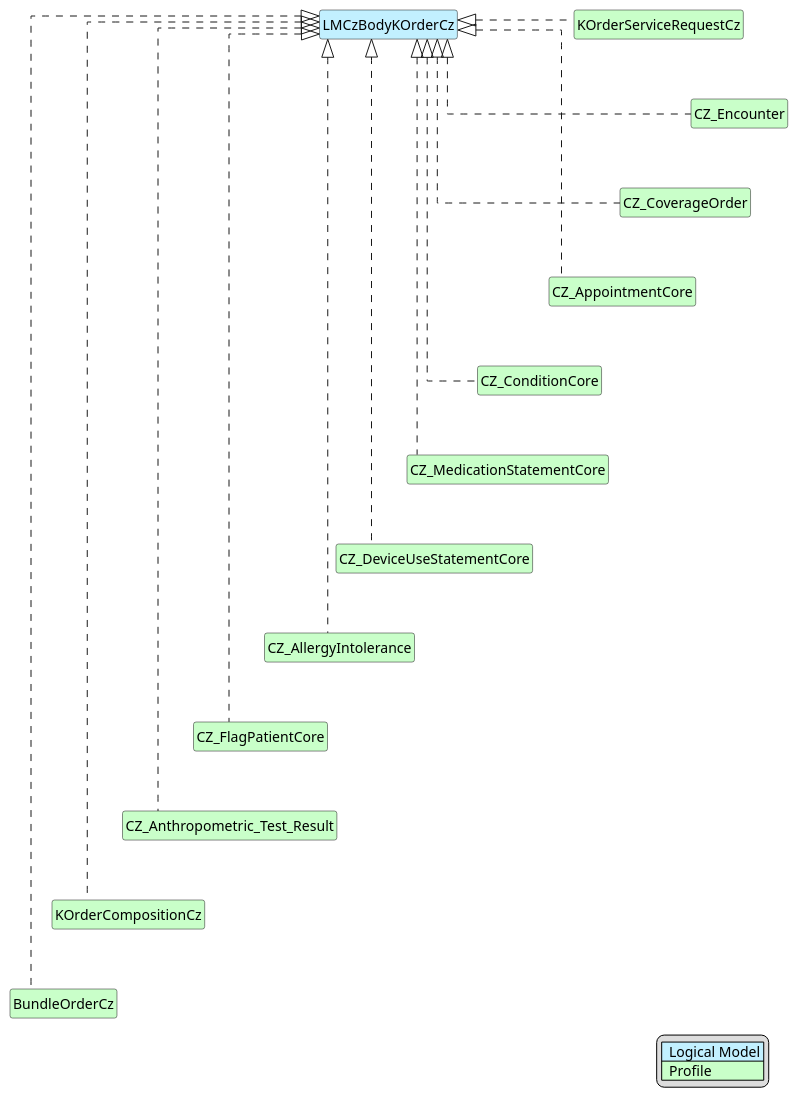
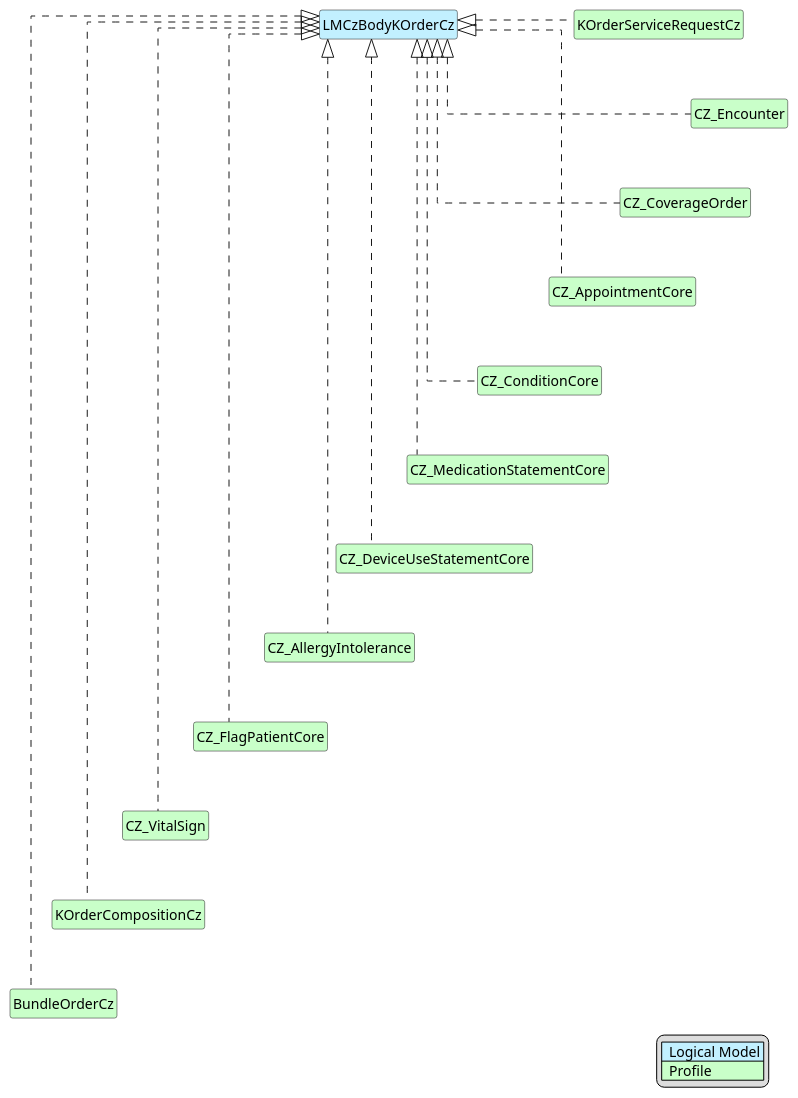
Before and after one commit to HL7-cz/k-order: the diagram in input/images-source/K-Body-map.plantuml, drawn with PlantUML. The commit also changed 19 other files, not shown here.

```diff
--- a/input/images-source/K-Body-map.plantuml
+++ b/input/images-source/K-Body-map.plantuml
@@ -1,69 +1,69 @@
 @startuml
 
 hide circle
 hide stereotype
 hide members
 hide methods
 
 skinparam linetype ortho
 
 skinparam class {
 BackgroundColor<<LogicalModel>> #APPLICATION
 BackgroundColor<<Profile>> #TECHNOLOGY
 }
 
 legend right
 | <#APPLICATION>  Logical Model |
 | <#TECHNOLOGY>  Profile |
 endlegend
 
 class "LMCzBodyKOrderCz" <<LogicalModel>> [[StructureDefinition-LMBodyKOrder.html]]
 
 class "KOrderServiceRequestCz" <<Profile>> [[StructureDefinition-KOrderServiceRequestCz.html]]
 "LMCzBodyKOrderCz" <|. "KOrderServiceRequestCz"
 
 class "CZ_Encounter" <<Profile>> [[https://hl7.cz/fhir/core/StructureDefinition-cz-encounter.html]]
 "LMCzBodyKOrderCz" <|. "CZ_Encounter"
 "KOrderServiceRequestCz" -d[hidden]-> "CZ_Encounter"
 
 class "CZ_CoverageOrder" <<Profile>> [[StructureDefinition-cz-coverage-order.html]]
 "LMCzBodyKOrderCz" <|. "CZ_CoverageOrder"
 "CZ_Encounter" -d[hidden]-> "CZ_CoverageOrder"
 
 class "CZ_AppointmentCore" <<Profile>> [[https://hl7.cz/fhir/core/StructureDefinition-appointment-cz-core.html]]
 "LMCzBodyKOrderCz" <|. "CZ_AppointmentCore"
 "CZ_CoverageOrder" -d[hidden]-> "CZ_AppointmentCore"
 
 class "CZ_ConditionCore" <<Profile>> [[https://hl7.cz/fhir/core/StructureDefinition-condition-cz-core.html]]
 "LMCzBodyKOrderCz" <|. "CZ_ConditionCore"
 "CZ_AppointmentCore" -d[hidden]-> "CZ_ConditionCore"
 
 class "CZ_MedicationStatementCore" <<Profile>> [[https://hl7.cz/fhir/core/StructureDefinition-medicationStatement-cz-core.html]]
 "LMCzBodyKOrderCz" <|. "CZ_MedicationStatementCore"
 "CZ_ConditionCore" -d[hidden]-> "CZ_MedicationStatementCore"
 
 class "CZ_DeviceUseStatementCore" <<Profile>> [[https://hl7.cz/fhir/core/StructureDefinition-deviceUseStatement-cz-core.html]]
 "LMCzBodyKOrderCz" <|. "CZ_DeviceUseStatementCore"
 "CZ_MedicationStatementCore" -d[hidden]-> "CZ_DeviceUseStatementCore"
 
 class "CZ_AllergyIntolerance" <<Profile>> [[https://hl7.cz/fhir/core/StructureDefinition-allergyIntolerance-cz-core.html]]
 "LMCzBodyKOrderCz" <|. "CZ_AllergyIntolerance"
 "CZ_DeviceUseStatementCore" -d[hidden]-> "CZ_AllergyIntolerance"
 
 class "CZ_FlagPatientCore" <<Profile>> [[https://hl7.cz/fhir/core/StructureDefinition-flag-patient-cz-core.html]]
 "LMCzBodyKOrderCz" <|. "CZ_FlagPatientCore"
 "CZ_AllergyIntolerance" -d[hidden]-> "CZ_FlagPatientCore"
 
-class "CZ_Anthropometric_Test_Result" <<Profile>> [[StructureDefinition-cz-anthropometric-test-result.html]]
-"LMCzBodyKOrderCz" <|. "CZ_Anthropometric_Test_Result"
-"CZ_FlagPatientCore" -d[hidden]-> "CZ_Anthropometric_Test_Result"
+class "CZ_VitalSign" <<Profile>> [[StructureDefinition-cz-anthropometric-test-result.html]]
+"LMCzBodyKOrderCz" <|. "CZ_VitalSign"
+"CZ_FlagPatientCore" -d[hidden]-> "CZ_VitalSign"
 
 class "KOrderCompositionCz" <<Profile>> [[StructureDefinition-k-order-composition-cz.html]]
 "LMCzBodyKOrderCz" <|. "KOrderCompositionCz"
-"CZ_Anthropometric_Test_Result" -d[hidden]-> "KOrderCompositionCz"
+"CZ_VitalSign" -d[hidden]-> "KOrderCompositionCz"
 
 class "BundleOrderCz" <<Profile>> [[StructureDefinition-BundleOrderCz.html]]
 "LMCzBodyKOrderCz" <|. "BundleOrderCz"
 "KOrderCompositionCz" -d[hidden]-> "BundleOrderCz"
 
 @enduml
```
